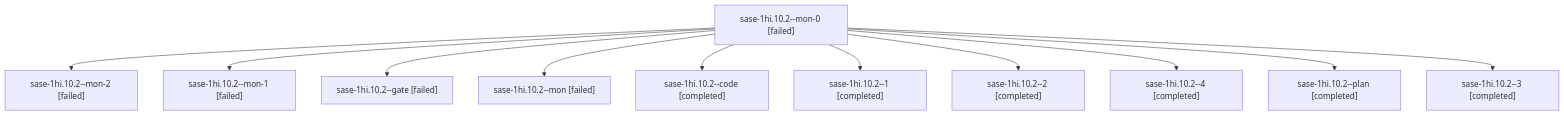
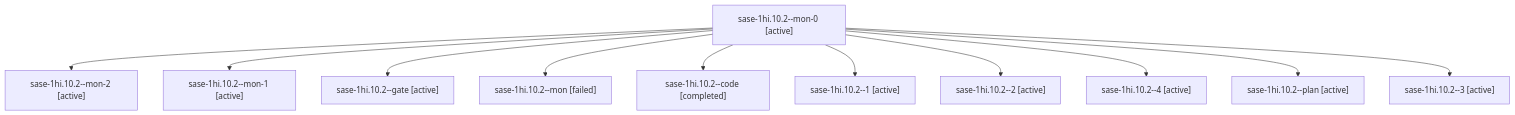
One commit to sase-org/sase--agents changed the diagram in sessions/bbugyi200.apollo.sase-1hi.10.2.md. Above: the diagram before and after it, drawn with Mermaid. The commit also changed other lines of this file and 330 other files, not shown here.

````diff
--- a/sessions/bbugyi200.apollo.sase-1hi.10.2.md
+++ b/sessions/bbugyi200.apollo.sase-1hi.10.2.md
@@ -9,24 +9,24 @@
 ```mermaid
 flowchart TD
-  n0["sase-1hi.10.2--mon-0 [failed]"]
-  n1["sase-1hi.10.2--mon-2 [failed]"]
+  n0["sase-1hi.10.2--mon-0 [active]"]
+  n1["sase-1hi.10.2--mon-2 [active]"]
   n0 --> n1
-  n2["sase-1hi.10.2--mon-1 [failed]"]
+  n2["sase-1hi.10.2--mon-1 [active]"]
   n0 --> n2
-  n3["sase-1hi.10.2--gate [failed]"]
+  n3["sase-1hi.10.2--gate [active]"]
   n0 --> n3
   n4["sase-1hi.10.2--mon [failed]"]
   n0 --> n4
   n5["sase-1hi.10.2--code [completed]"]
   n0 --> n5
-  n6["sase-1hi.10.2--1 [completed]"]
+  n6["sase-1hi.10.2--1 [active]"]
   n0 --> n6
-  n7["sase-1hi.10.2--2 [completed]"]
+  n7["sase-1hi.10.2--2 [active]"]
   n0 --> n7
-  n8["sase-1hi.10.2--4 [completed]"]
+  n8["sase-1hi.10.2--4 [active]"]
   n0 --> n8
-  n9["sase-1hi.10.2--plan [completed]"]
+  n9["sase-1hi.10.2--plan [active]"]
   n0 --> n9
-  n10["sase-1hi.10.2--3 [completed]"]
+  n10["sase-1hi.10.2--3 [active]"]
   n0 --> n10
 ```
````
